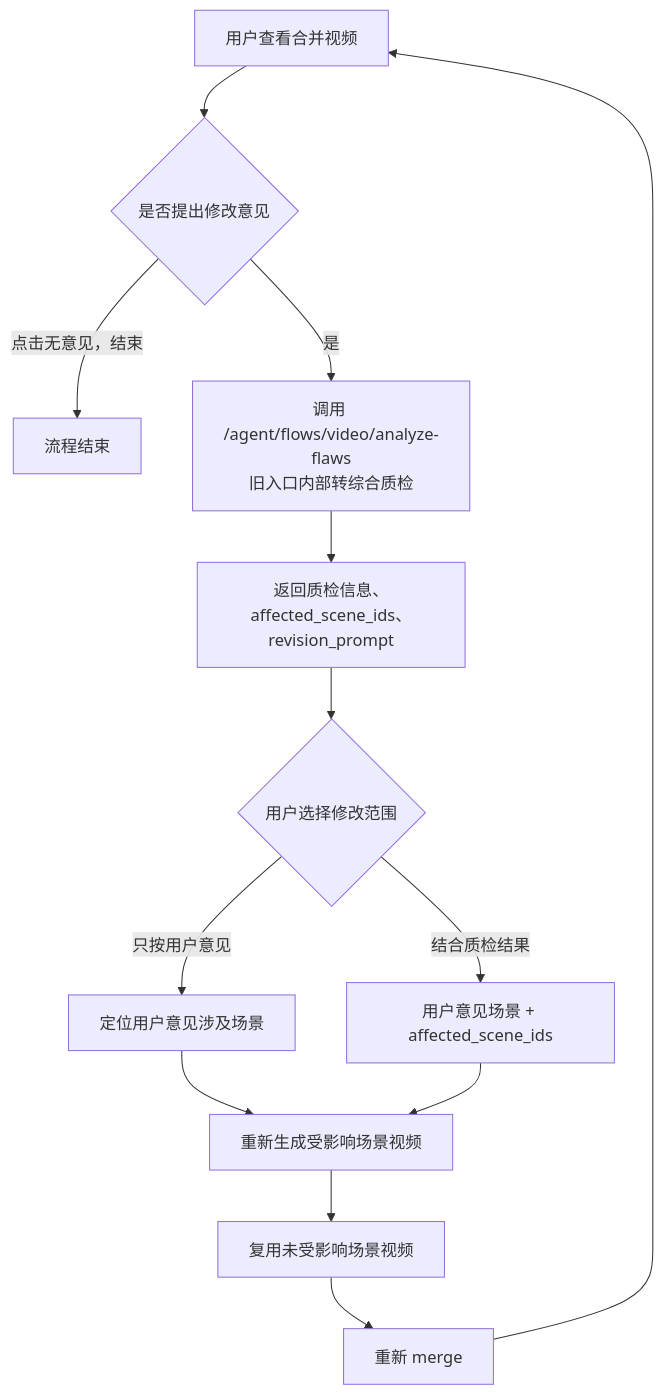
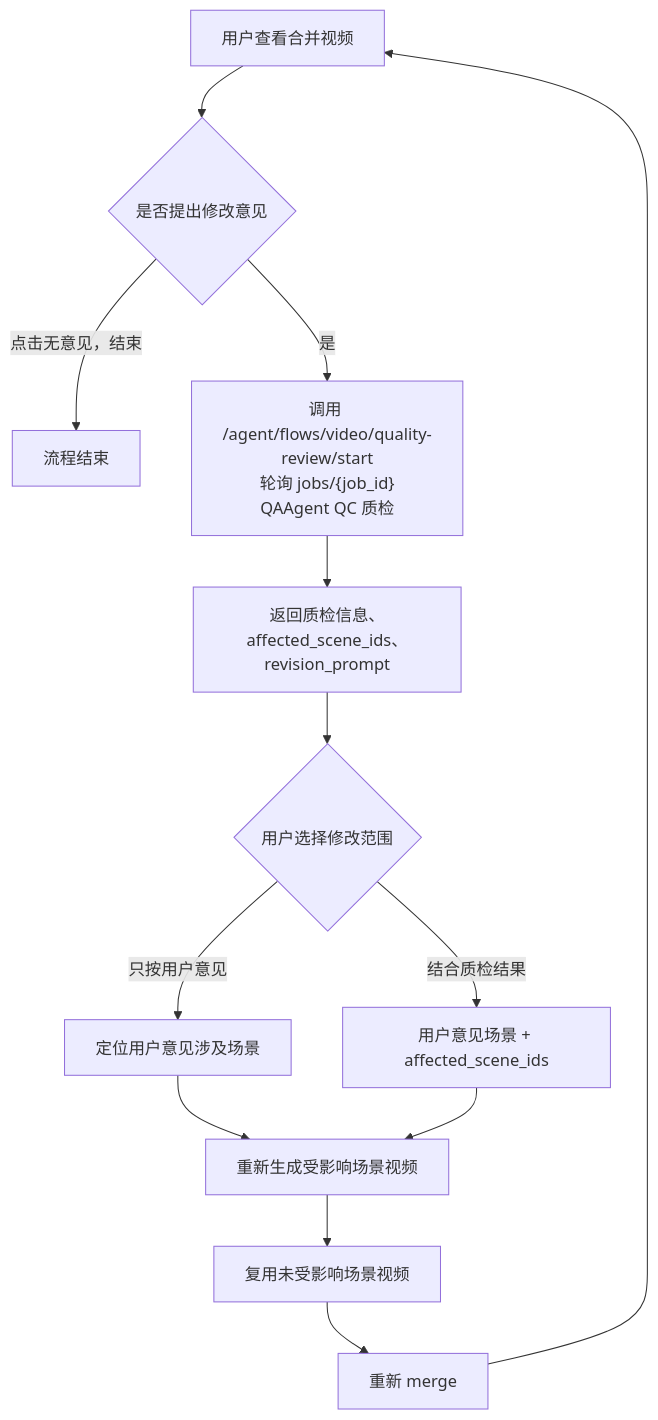
Before and after one commit to joyslxd/pixelflow: the seventh of 7 diagrams in docs/pixelflow-agent-skill-flow-latest-design.md, drawn with Mermaid. The commit also changed other lines of this file and 20 other files, not shown here.

First line of the commit message:
feat(video): 接入 QAAgent QC 异步质检

````diff
--- a/docs/pixelflow-agent-skill-flow-latest-design.md
+++ b/docs/pixelflow-agent-skill-flow-latest-design.md
@@ -523,15 +522,15 @@
 ```mermaid
 flowchart TD
   A["用户查看合并视频"] --> B{"是否提出修改意见"}
   B -->|"点击无意见，结束"| DONE["流程结束"]
-  B -->|"是"| C["调用 /agent/flows/video/analyze-flaws<br/>旧入口内部转综合质检"]
+  B -->|"是"| C["调用 /agent/flows/video/quality-review/start<br/>轮询 jobs/{job_id}<br/>QAAgent QC 质检"]
   C --> D["返回质检信息、affected_scene_ids、revision_prompt"]
   D --> E{"用户选择修改范围"}
   E -->|"只按用户意见"| F["定位用户意见涉及场景"]
   E -->|"结合质检结果"| G["用户意见场景 + affected_scene_ids"]
   F --> H["重新生成受影响场景视频"]
   G --> H
   H --> I["复用未受影响场景视频"]
   I --> J["重新 merge"]
   J --> A
 ```
````
